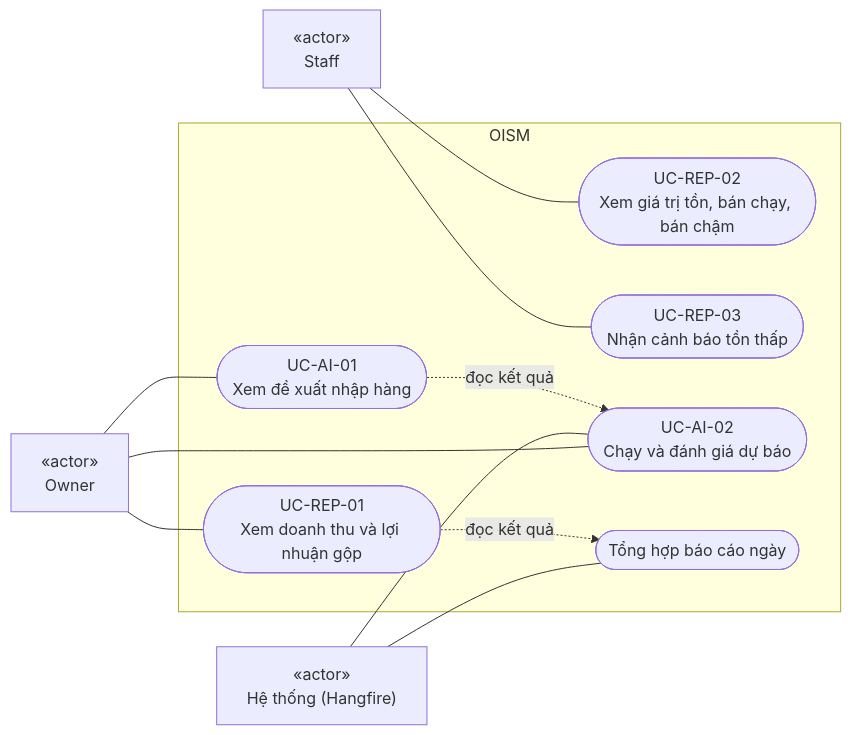
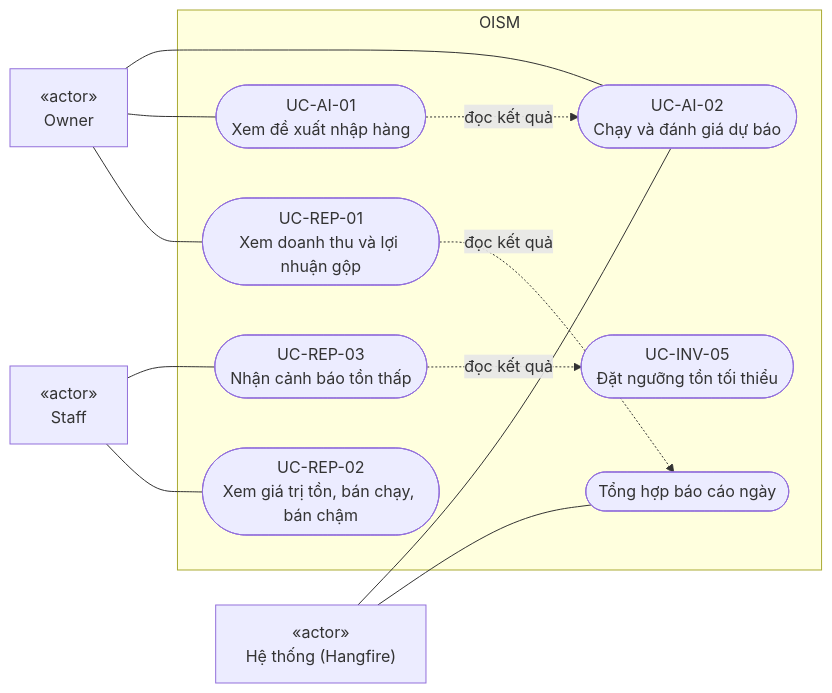
Before and after one commit to kapfm789/XDPMOOP: the eighth of 12 diagrams in docs/requirements/srs.md, drawn with Mermaid. The commit also changed other lines of this file, not shown here.

````diff
--- a/docs/requirements/srs.md
+++ b/docs/requirements/srs.md
@@ -500,25 +506,27 @@
 ```mermaid
 flowchart LR
   owner["«actor»<br/>Owner"]
   staff["«actor»<br/>Staff"]
   sys["«actor»<br/>Hệ thống (Hangfire)"]
 
   subgraph OISM
     r1(["UC-REP-01<br/>Xem doanh thu và lợi nhuận gộp"])
     r2(["UC-REP-02<br/>Xem giá trị tồn, bán chạy, bán chậm"])
     r3(["UC-REP-03<br/>Nhận cảnh báo tồn thấp"])
     ai1(["UC-AI-01<br/>Xem đề xuất nhập hàng"])
     ai2(["UC-AI-02<br/>Chạy và đánh giá dự báo"])
     agg(["Tổng hợp báo cáo ngày"])
+    i5(["UC-INV-05<br/>Đặt ngưỡng tồn tối thiểu"])
   end
 
   owner --- r1
   owner --- ai1
   owner --- ai2
   staff --- r2
   staff --- r3
   sys --- agg
   sys --- ai2
   r1 -. đọc kết quả .-> agg
   ai1 -. đọc kết quả .-> ai2
+  r3 -. đọc kết quả .-> i5
 ```
````
